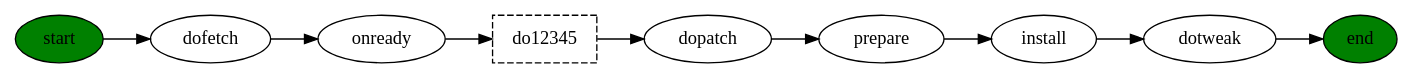
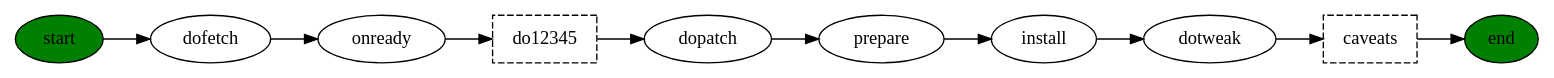
Before and after one commit to leleliu008/ndk-pkg: the diagram in phases.dot, drawn with Graphviz. The commit also changed 3 other files, not shown here.

```diff
--- a/phases.dot
+++ b/phases.dot
@@ -1,7 +1,8 @@
 digraph {
     rankdir="LR"
-    start -> dofetch -> onready -> do12345 -> dopatch -> prepare -> install -> dotweak -> end
+    start -> dofetch -> onready -> do12345 -> dopatch -> prepare -> install -> dotweak -> caveats -> end
     do12345 [shape="box"; style="dashed"];
+    caveats [shape="box"; style="dashed"];
     start [fillcolor="green";style=filled]
     end [fillcolor="green";style=filled]
 }
```
